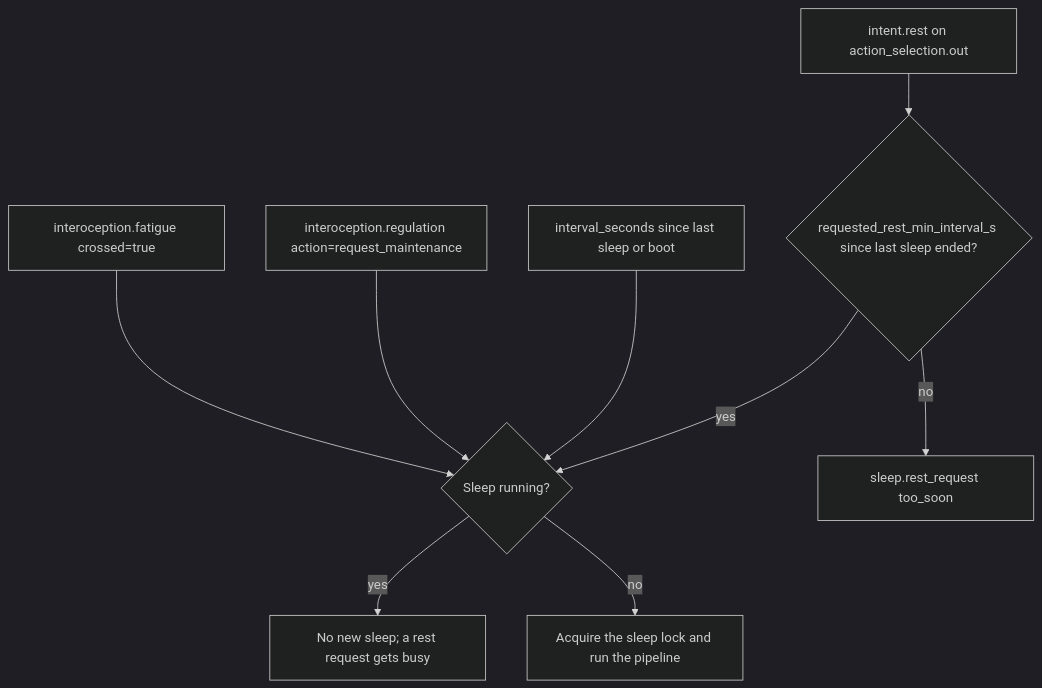
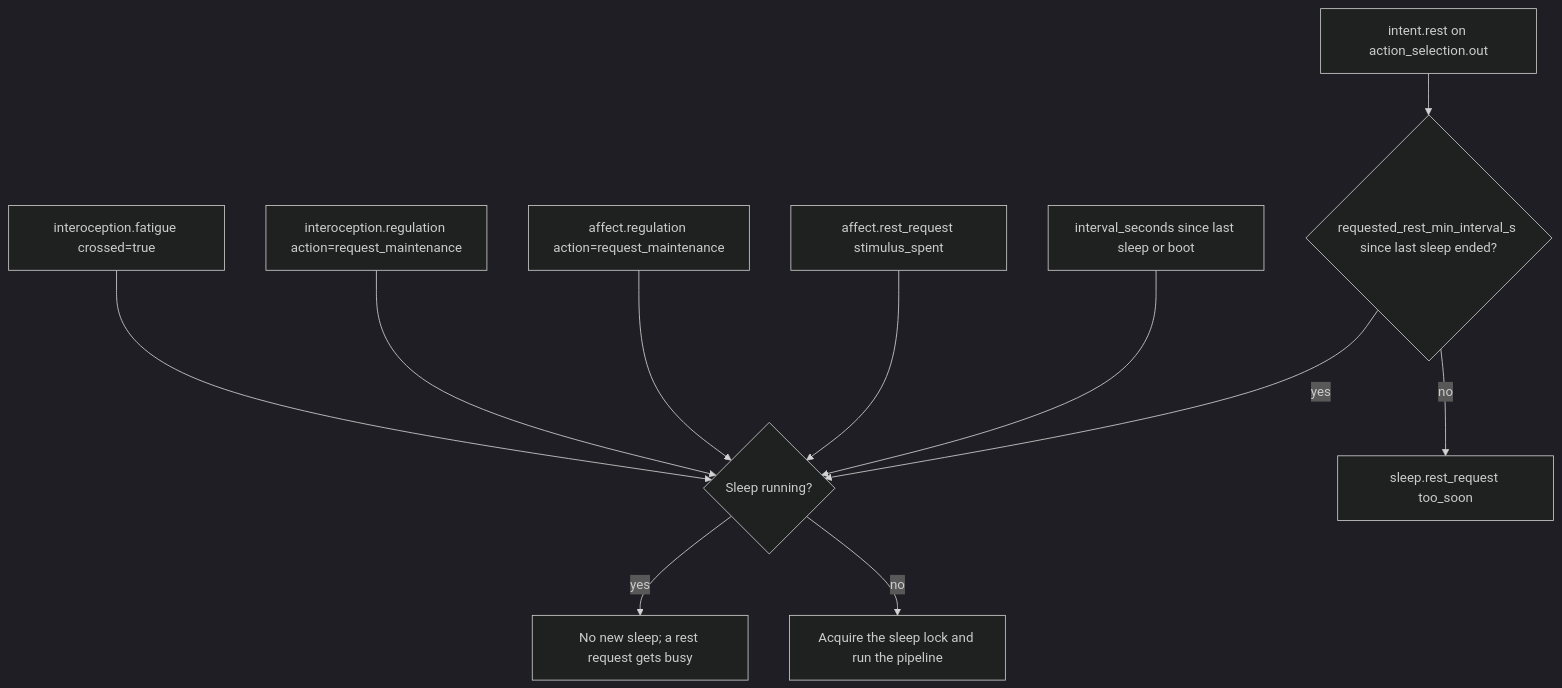
Before and after one commit to kaineone/kaine: the first of 2 diagrams in docs/10-sleep/README.md, drawn with Mermaid (dark theme). The commit also changed other lines of this file and 12 other files, not shown here.

````diff
--- a/docs/10-sleep/README.md
+++ b/docs/10-sleep/README.md
@@ -17,11 +17,13 @@
 ```mermaid
 flowchart TD
     A[interoception.fatigue crossed=true] --> B{Sleep running?}
     G[interoception.regulation action=request_maintenance] --> B
+    K[affect.regulation action=request_maintenance] --> B
+    L[affect.rest_request stimulus_spent] --> B
     F[interval_seconds since last sleep or boot] --> B
     H[intent.rest on action_selection.out] --> I{requested_rest_min_interval_s since last sleep ended?}
     I -->|no| J[sleep.rest_request too_soon]
     I -->|yes| B
     B -->|yes| D[No new sleep; a rest request gets busy]
     B -->|no| E[Acquire the sleep lock and run the pipeline]
 ```
````
